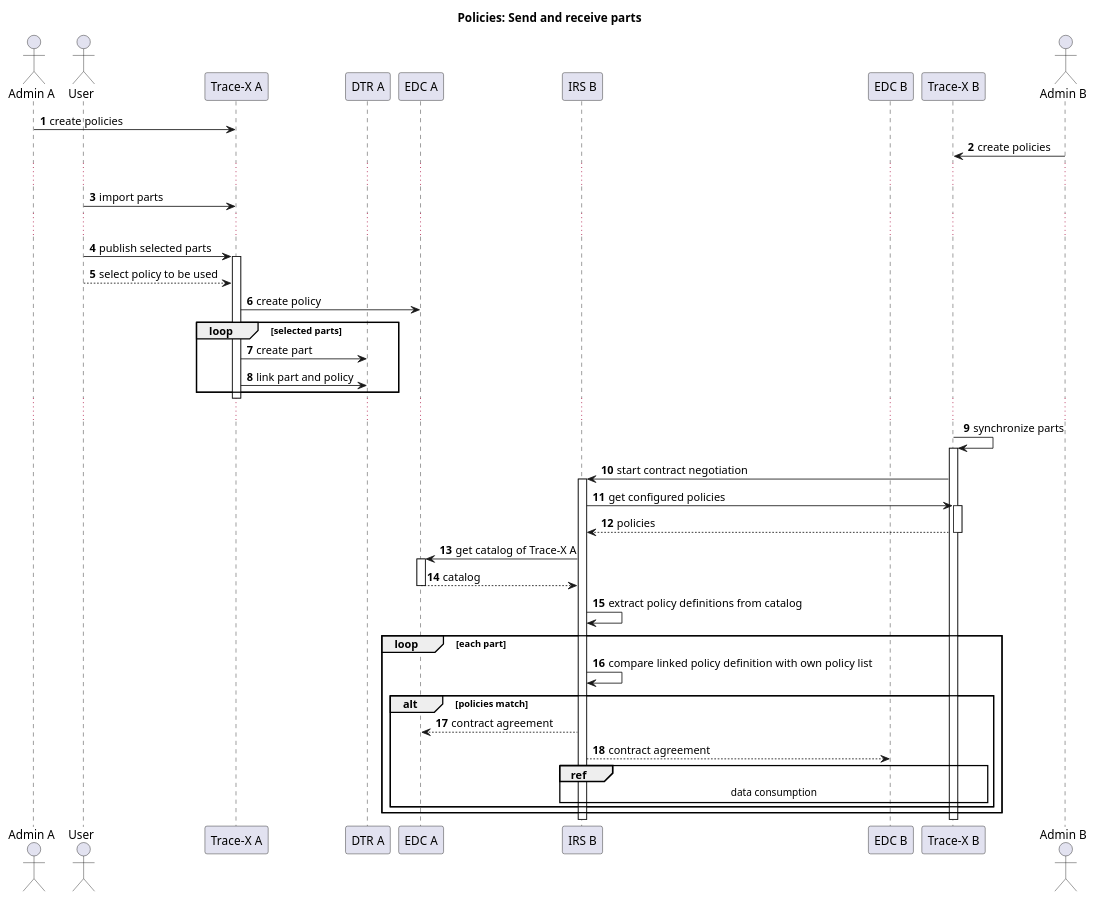
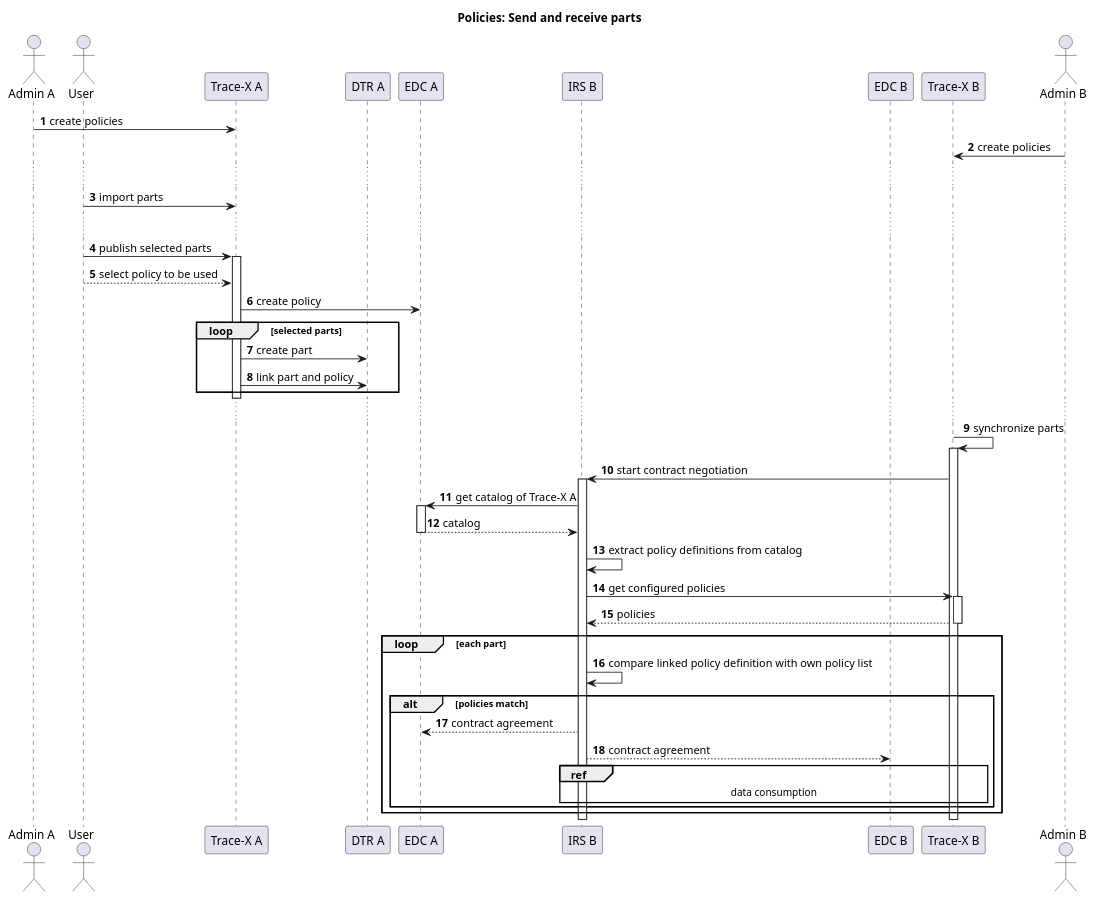
The diagram in docs/src/uml-diagrams/arc42/runtime-view/data-sovereignty/data-sovereignty-publishing-assets.puml (eclipse-tractusx/traceability-foss), drawn with PlantUML before and after one commit. The commit also changed other lines of this file and 12 other files, not shown here.

```diff
--- a/docs/src/uml-diagrams/arc42/runtime-view/data-sovereignty/data-sovereignty-publishing-assets.puml
+++ b/docs/src/uml-diagrams/arc42/runtime-view/data-sovereignty/data-sovereignty-publishing-assets.puml
@@ -1,52 +1,52 @@
 @startuml
 'https://plantuml.com/sequence-diagram
 autonumber
 title Policies: Send and receive parts
 
 actor "Admin A" as AA
 actor User
 participant "Trace-X A" as TXA
 participant "DTR A" as DTRA
 participant "EDC A" as EDCA
 participant "IRS B" as IRSB
 participant "EDC B" as EDCB
 participant "Trace-X B" as TXB
 actor "Admin B" as AB
 
 AA -> TXA: create policies
 AB -> TXB: create policies
 ...
 User -> TXA: import parts
 ...
 User -> TXA: publish selected parts
 activate TXA
 User --> TXA: select policy to be used
 TXA -> EDCA: create policy
 loop selected parts
 TXA -> DTRA: create part
 TXA -> DTRA: link part and policy
 end
 deactivate TXA
 ...
 TXB -> TXB: synchronize parts
 activate TXB
 TXB -> IRSB: start contract negotiation
 activate IRSB
-IRSB -> TXB: get configured policies
-activate TXB
-TXB --> IRSB: policies
-deactivate TXB
 IRSB -> EDCA: get catalog of Trace-X A
 activate EDCA
 EDCA --> IRSB: catalog
 deactivate EDCA
 IRSB -> IRSB: extract policy definitions from catalog
+IRSB -> TXB: get configured policies
+activate TXB
+TXB --> IRSB: policies
+deactivate TXB
 loop each part
 IRSB -> IRSB: compare linked policy definition with own policy list
 alt policies match
 IRSB --> EDCA: contract agreement
 IRSB --> EDCB: contract agreement
 ref over IRSB, TXB: data consumption
 end
 end
 @enduml
```
